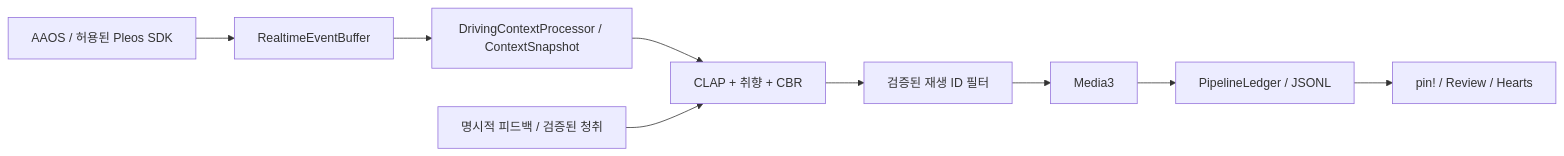
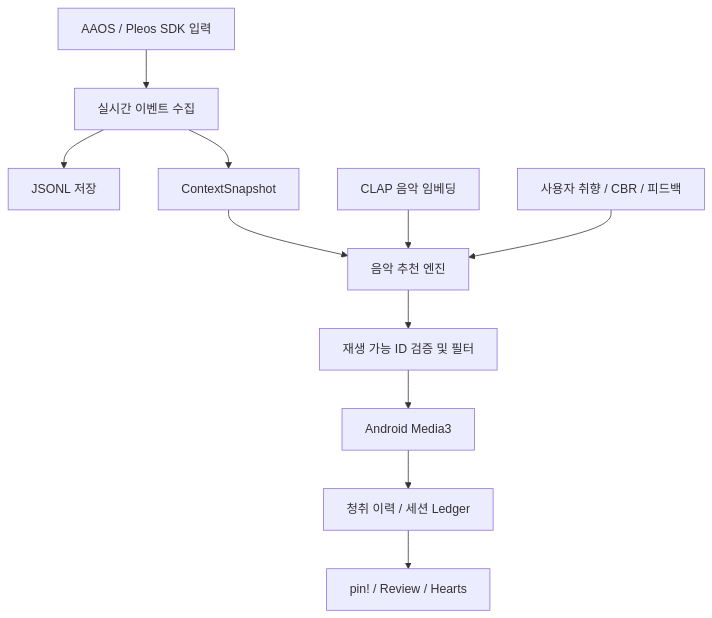
One commit to pparkpparkyi/GleoHearts changed the diagram in README.md. Above: the diagram before and after it, drawn with Mermaid. The commit also changed other lines of this file, not shown here.

````diff
--- a/README.md
+++ b/README.md
@@ -104,11 +197,13 @@
 ```mermaid
-flowchart LR
-    SDK[AAOS / 허용된 Pleos SDK] --> Buffer[RealtimeEventBuffer]
-    Buffer --> Context[DrivingContextProcessor / ContextSnapshot]
-    Context --> Rank[CLAP + 취향 + CBR]
-    Feedback[명시적 피드백 / 검증된 청취] --> Rank
-    Rank --> Gate[검증된 재생 ID 필터]
-    Gate --> Media[Media3]
-    Media --> Ledger[PipelineLedger / JSONL]
-    Ledger --> Hearts[pin! / Review / Hearts]
+flowchart TD
+    A["AAOS / Pleos SDK 입력"] --> B["실시간 이벤트 수집"]
+    B --> C["JSONL 저장"]
+    B --> D["ContextSnapshot"]
+    D --> E["음악 추천 엔진"]
+    F["CLAP 음악 임베딩"] --> E
+    G["사용자 취향 / CBR / 피드백"] --> E
+    E --> H["재생 가능 ID 검증 및 필터"]
+    H --> I["Android Media3"]
+    I --> J["청취 이력 / 세션 Ledger"]
+    J --> K["pin! / Review / Hearts"]
 ```
````
